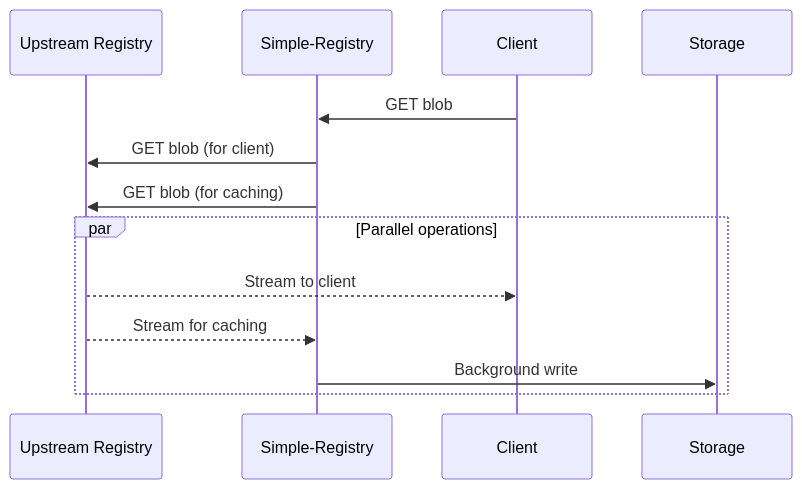
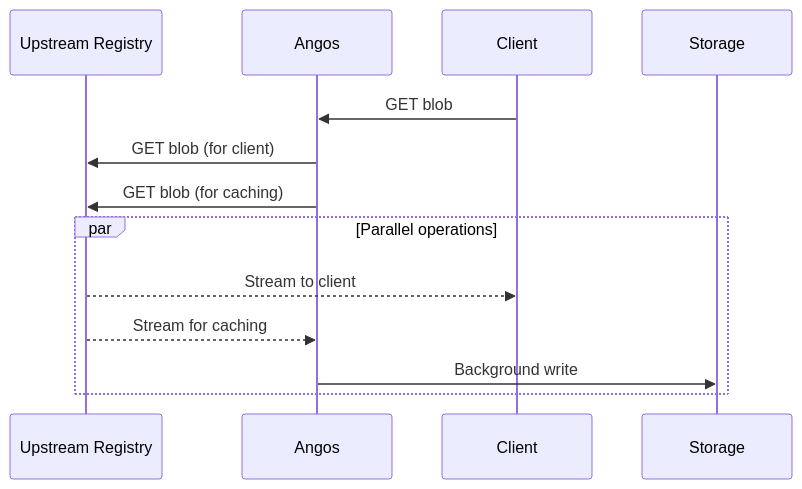
Before and after one commit to simple-registry/simple-registry: the fourth of 4 diagrams in doc/explanation/pull-through-caching.md, drawn with Mermaid. The commit also changed other lines of this file and 59 other files, not shown here.

````diff
--- a/doc/explanation/pull-through-caching.md
+++ b/doc/explanation/pull-through-caching.md
@@ -175,17 +175,17 @@
 ```mermaid
 sequenceDiagram
     participant Upstream as Upstream Registry
-    participant Registry as Simple-Registry
+    participant Registry as Angos
     participant Client
     participant Storage
 
     Client->>Registry: GET blob
     Registry->>Upstream: GET blob (for client)
     Registry->>Upstream: GET blob (for caching)
 
     par Parallel operations
         Upstream-->>Client: Stream to client
         Upstream-->>Registry: Stream for caching
         Registry->>Storage: Background write
     end
 ```
````
